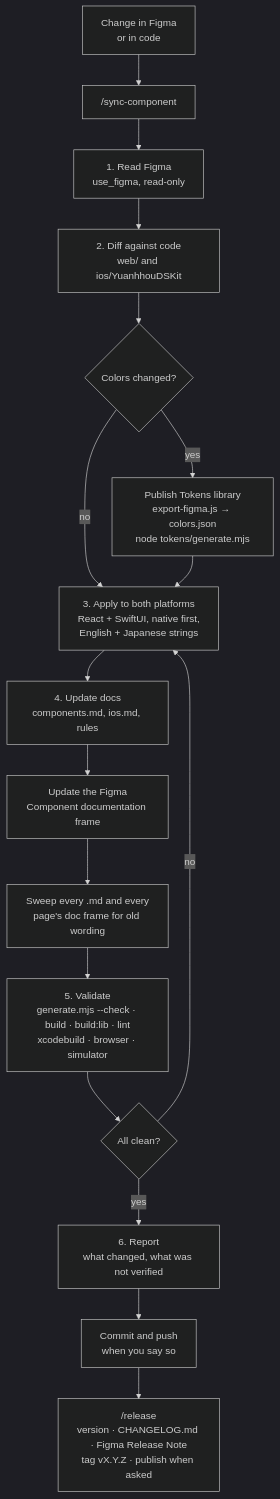
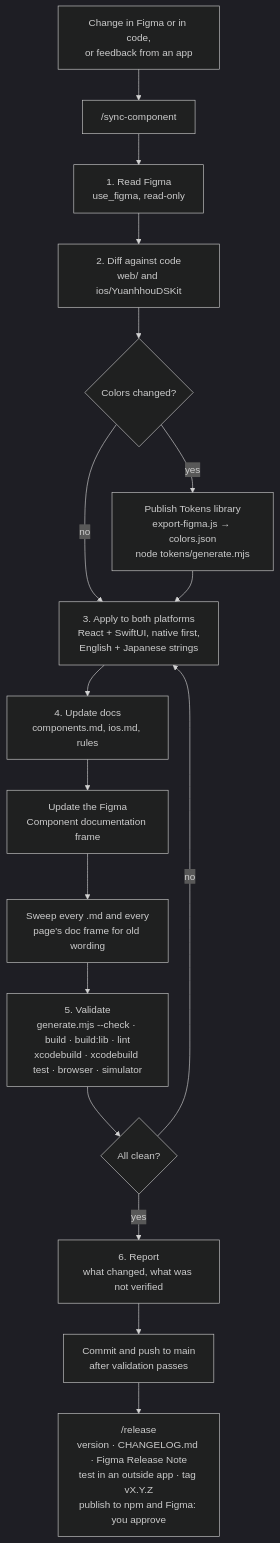
Before and after one commit to k619tw/yuanhhou-design-system: the second of 2 diagrams in docs/workflow.md, drawn with Mermaid (dark theme). The commit also changed other lines of this file and 2 other files, not shown here.

````diff
--- a/docs/workflow.md
+++ b/docs/workflow.md
@@ -58,19 +59,19 @@
 ```mermaid
 flowchart TD
-  A["Change in Figma<br/>or in code"] --> B["/sync-component"]
+  A["Change in Figma or in code,<br/>or feedback from an app"] --> B["/sync-component"]
   B --> R["1. Read Figma<br/>use_figma, read-only"]
   R --> D["2. Diff against code<br/>web/ and ios/YuanhhouDSKit"]
   D --> K{"Colors changed?"}
   K -- yes --> P["Publish Tokens library<br/>export-figma.js → colors.json<br/>node tokens/generate.mjs"]
   K -- no --> AP
   P --> AP["3. Apply to both platforms<br/>React + SwiftUI, native first,<br/>English + Japanese strings"]
   AP --> DOC["4. Update docs<br/>components.md, ios.md, rules"]
   DOC --> FR["Update the Figma<br/>Component documentation frame"]
   FR --> SW["Sweep every .md and every<br/>page's doc frame for old wording"]
-  SW --> V["5. Validate<br/>generate.mjs --check · build · build:lib · lint<br/>xcodebuild · browser · simulator"]
+  SW --> V["5. Validate<br/>generate.mjs --check · build · build:lib · lint<br/>xcodebuild · xcodebuild test · browser · simulator"]
   V --> OK{"All clean?"}
   OK -- no --> AP
   OK -- yes --> REP["6. Report<br/>what changed, what was not verified"]
-  REP --> CP["Commit and push<br/>when you say so"]
-  CP --> REL["/release<br/>version · CHANGELOG.md · Figma Release Note<br/>tag vX.Y.Z · publish when asked"]
+  REP --> CP["Commit and push to main<br/>after validation passes"]
+  CP --> REL["/release<br/>version · CHANGELOG.md · Figma Release Note<br/>test in an outside app · tag vX.Y.Z<br/>publish to npm and Figma: you approve"]
 ```
````
